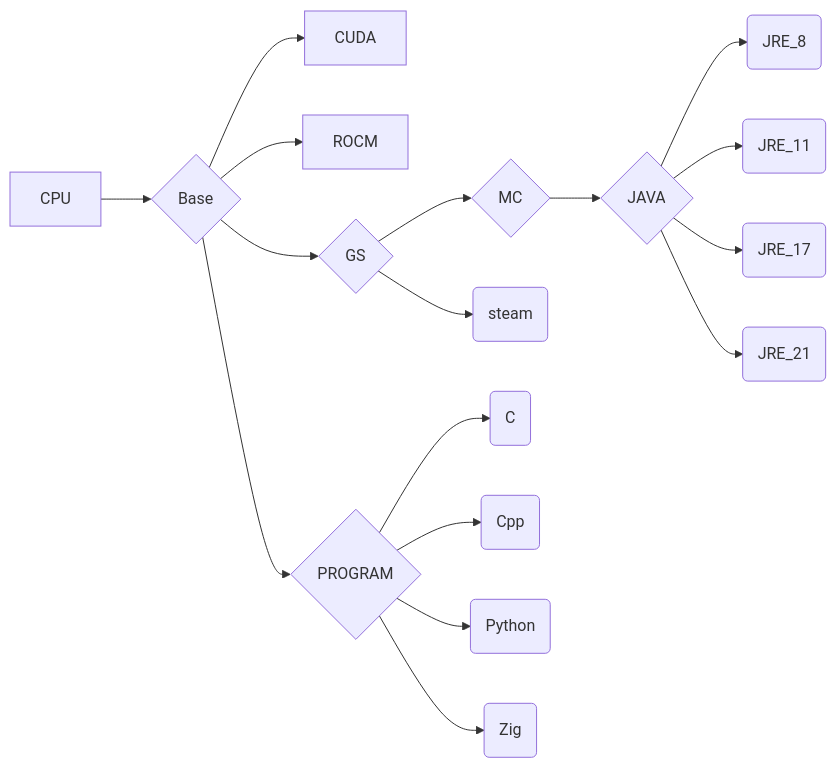
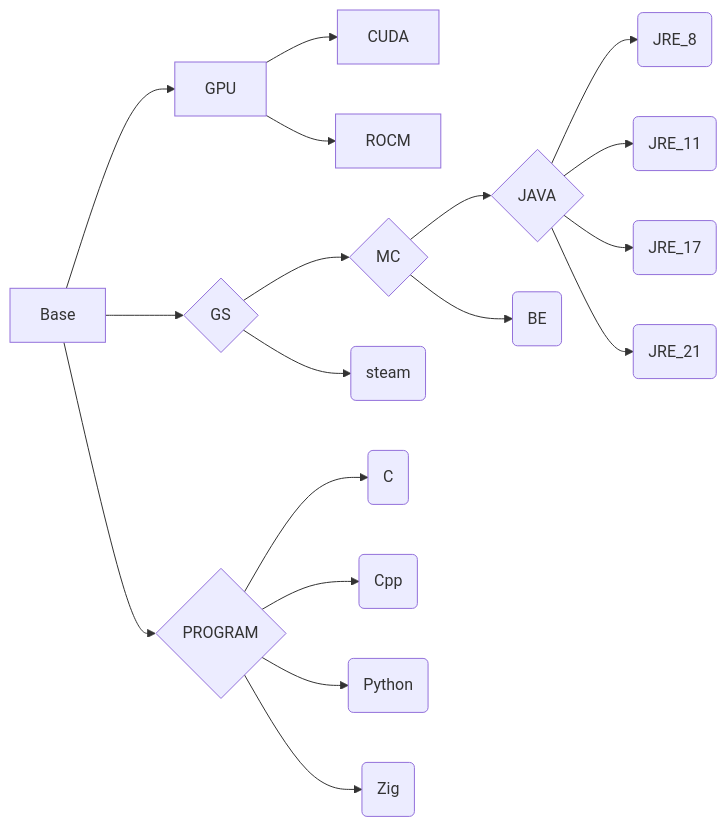
One commit to eoeair/cenv changed the diagram in README.md. Above: the diagram before and after it, drawn with Mermaid. The commit also changed 23 other files, not shown here.

````diff
--- a/README.md
+++ b/README.md
@@ -29,20 +29,22 @@
 ```mermaid
 graph LR
 
-CPU-->B{Base}
-B-->CUDA
-B-->ROCM
+Base-->GPU
+GPU-->CUDA
+GPU-->ROCM
 
-B-->G{GS}-->GA{MC}-->GAA{JAVA}
+Base-->G{GS}-->GA{MC}
+G-->GB(steam)
+GA{MC}-->GAA{JAVA}
+GA{MC}-->GAB(BE)
 GAA-->GAAA(JRE_8)
 GAA-->GAAB(JRE_11)
 GAA-->GAAC(JRE_17)
 GAA-->GAAD(JRE_21)
-G-->GB(steam)
 
-B-->P{PROGRAM}
+Base-->P{PROGRAM}
 P-->PA(C)
 P-->PB(Cpp)
 P-->PC(Python)
 P-->PD(Zig)
 ```
````
